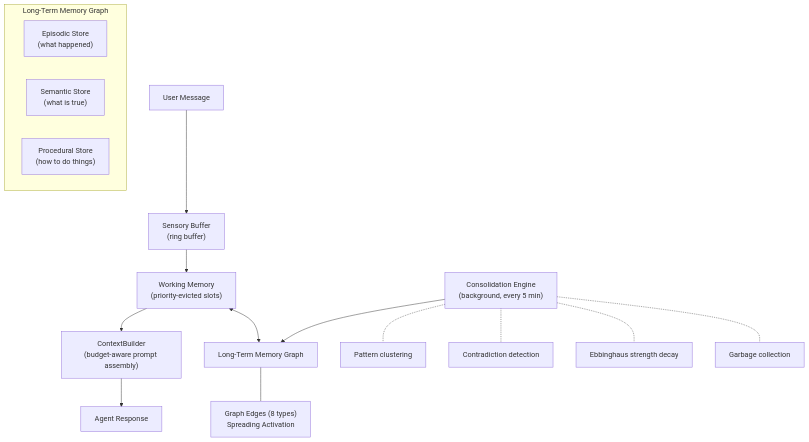
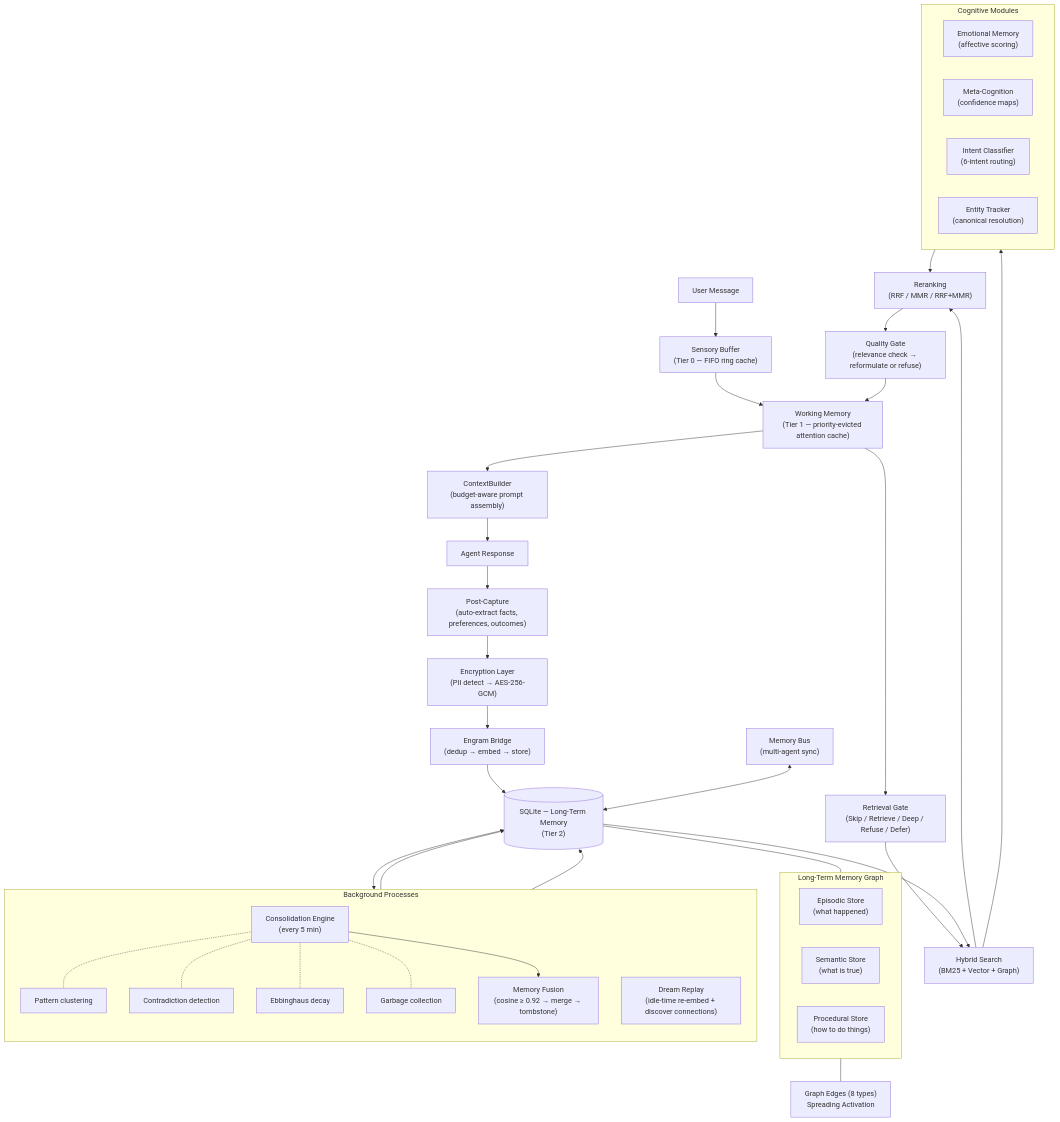
One commit to elisplash/paw changed the first of 5 diagrams in ENGRAM.md. Above: the diagram before and after it, drawn with Mermaid. The commit also changed other lines of this file, not shown here.

Commit message:
docs(engram): update Architecture Overview + Hybrid Search mermaid charts
- Architecture Overview: full v2.0 with cache tiers, retrieval gate,
  quality gate, encryption layer, cognition modules, background processes
- Hybrid Search: add Retrieval Gate entry, Quality Gate exit with
  reformulate/refuse loop, update spreading activation to 1-hop → 2-hop

````diff
--- a/ENGRAM.md
+++ b/ENGRAM.md
@@ -83,24 +83,64 @@
 ```mermaid
 flowchart TD
-    A["User Message"] --> B["Sensory Buffer\n(ring buffer)"]
-    B --> C["Working Memory\n(priority-evicted slots)"]
-    C --> D["ContextBuilder\n(budget-aware prompt assembly)"]
-    D --> E["Agent Response"]
+    A["User Message"] --> SB["Sensory Buffer\n(Tier 0 — FIFO ring cache)"]
+    SB --> WM["Working Memory\n(Tier 1 — priority-evicted attention cache)"]
 
-    C <--> F["Long-Term Memory Graph"]
+    WM --> CTX["ContextBuilder\n(budget-aware prompt assembly)"]
+    CTX --> E["Agent Response"]
+
+    E --> CAP["Post-Capture\n(auto-extract facts, preferences, outcomes)"]
+    CAP --> ENC["Encryption Layer\n(PII detect → AES-256-GCM)"]
+    ENC --> BR["Engram Bridge\n(dedup → embed → store)"]
+    BR --> DB[("SQLite — Long-Term Memory\n(Tier 2)")]
 
     subgraph LTM["Long-Term Memory Graph"]
         direction LR
         G["Episodic Store\n(what happened)"]
         H["Semantic Store\n(what is true)"]
         I["Procedural Store\n(how to do things)"]
     end
 
-    F --- J["Graph Edges (8 types)\nSpreading Activation"]
+    DB --- LTM
+    LTM --- J["Graph Edges (8 types)\nSpreading Activation"]
 
-    K["Consolidation Engine\n(background, every 5 min)"] --> F
-    K -.- K1["Pattern clustering"]
-    K -.- K2["Contradiction detection"]
-    K -.- K3["Ebbinghaus strength decay"]
-    K -.- K4["Garbage collection"]
+    WM --> RG["Retrieval Gate\n(Skip / Retrieve / Deep / Refuse / Defer)"]
+    RG --> HS["Hybrid Search\n(BM25 + Vector + Graph)"]
+    HS --> RR["Reranking\n(RRF / MMR / RRF+MMR)"]
+    RR --> QG["Quality Gate\n(relevance check → reformulate or refuse)"]
+    QG --> WM
+
+    DB --> HS
+
+    subgraph Background["Background Processes"]
+        direction TB
+        K["Consolidation Engine\n(every 5 min)"]
+        K1["Pattern clustering"]
+        K2["Contradiction detection"]
+        K3["Ebbinghaus decay"]
+        K4["Garbage collection"]
+        FUS["Memory Fusion\n(cosine ≥ 0.92 → merge → tombstone)"]
+        DR["Dream Replay\n(idle-time re-embed + discover connections)"]
+    end
+
+    DB <--> K
+    K -.- K1
+    K -.- K2
+    K -.- K3
+    K -.- K4
+    K --> FUS
+    FUS --> DB
+    DR --> DB
+
+    subgraph Cognition["Cognitive Modules"]
+        direction LR
+        EM["Emotional Memory\n(affective scoring)"]
+        MC["Meta-Cognition\n(confidence maps)"]
+        IC["Intent Classifier\n(6-intent routing)"]
+        ET["Entity Tracker\n(canonical resolution)"]
+    end
+
+    HS --> Cognition
+    Cognition --> RR
+
+    MB["Memory Bus\n(multi-agent sync)"] <--> DB
 ```
````
